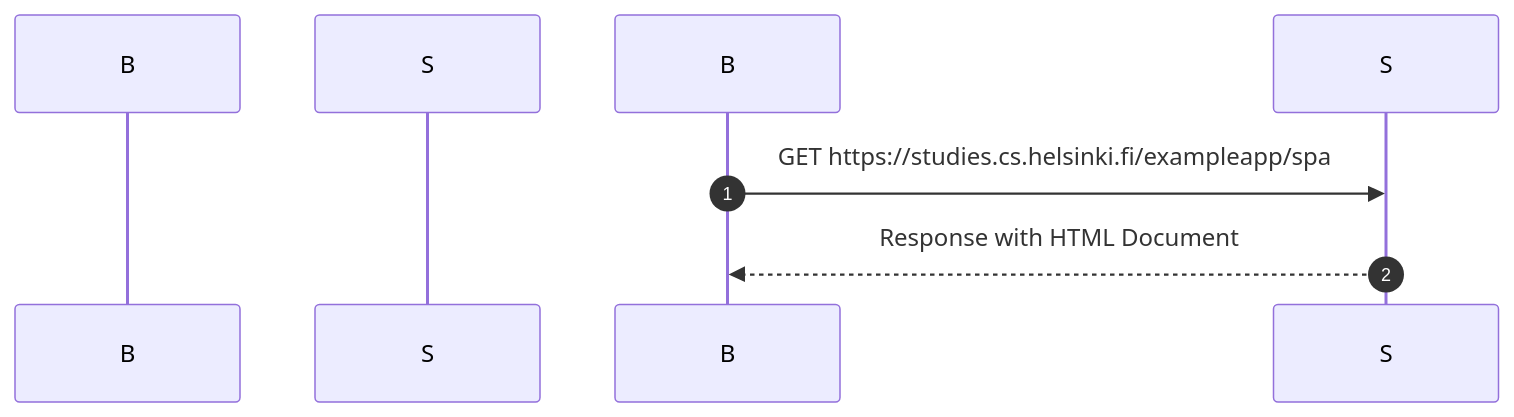
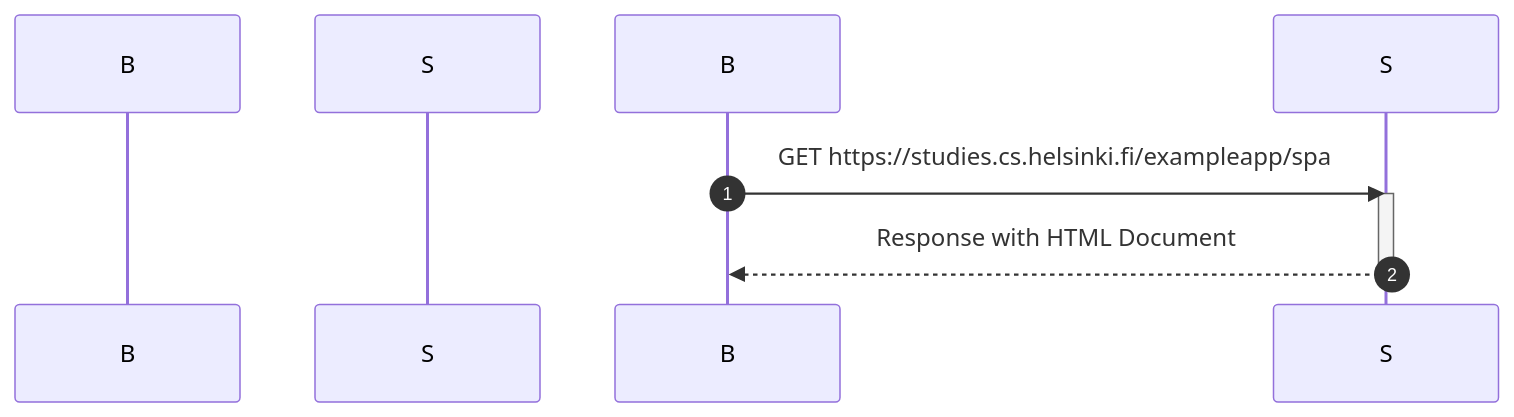
The diagram in part0/0.5.md (LucasMontecino/fullstackopen), drawn with Mermaid before and after one commit.

Commit message:
Fix mermaid sequence diagram formatting by moving autonumber declaration

````diff
--- a/part0/0.5.md
+++ b/part0/0.5.md
@@ -1,11 +1,13 @@
 ```mermaid
     sequenceDiagram
-    autonumber
     participant Browser as B
     participant Server as S
+    autonumber
 
     B->>S: GET https://studies.cs.helsinki.fi/exampleapp/spa
+    activate S
     S-->>B: Response with HTML Document
+    deactivate S
 
 
 ```
````
